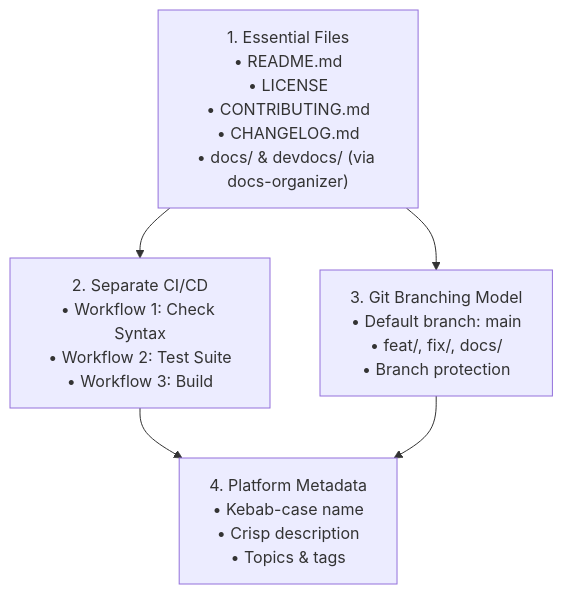
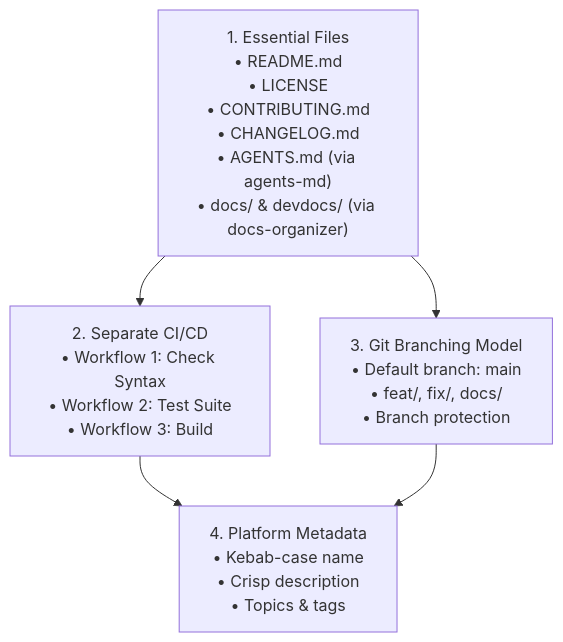
One commit to InAnYan/ai-instructions changed the diagram in skills/repository-setup/SKILL.md. Above: the diagram before and after it, drawn with Mermaid. The commit also changed other lines of this file and 4 other files, not shown here.

````diff
--- a/skills/repository-setup/SKILL.md
+++ b/skills/repository-setup/SKILL.md
@@ -28,12 +28,12 @@
 ```mermaid
 flowchart TD
-    P1["1. Essential Files<br>• README.md<br>• LICENSE<br>• CONTRIBUTING.md<br>• CHANGELOG.md<br>• docs/ & devdocs/ (via docs-organizer)"]
+    P1["1. Essential Files<br>• README.md<br>• LICENSE<br>• CONTRIBUTING.md<br>• CHANGELOG.md<br>• AGENTS.md (via agents-md)<br>• docs/ & devdocs/ (via docs-organizer)"]
     P2["2. Separate CI/CD<br>• Workflow 1: Check Syntax<br>• Workflow 2: Test Suite<br>• Workflow 3: Build"]
     P3["3. Git Branching Model<br>• Default branch: main<br>• feat/, fix/, docs/<br>• Branch protection"]
     P4["4. Platform Metadata<br>• Kebab-case name<br>• Crisp description<br>• Topics & tags"]
 
     P1 --> P2
     P1 --> P3
     P2 --> P4
     P3 --> P4
 ```
````
